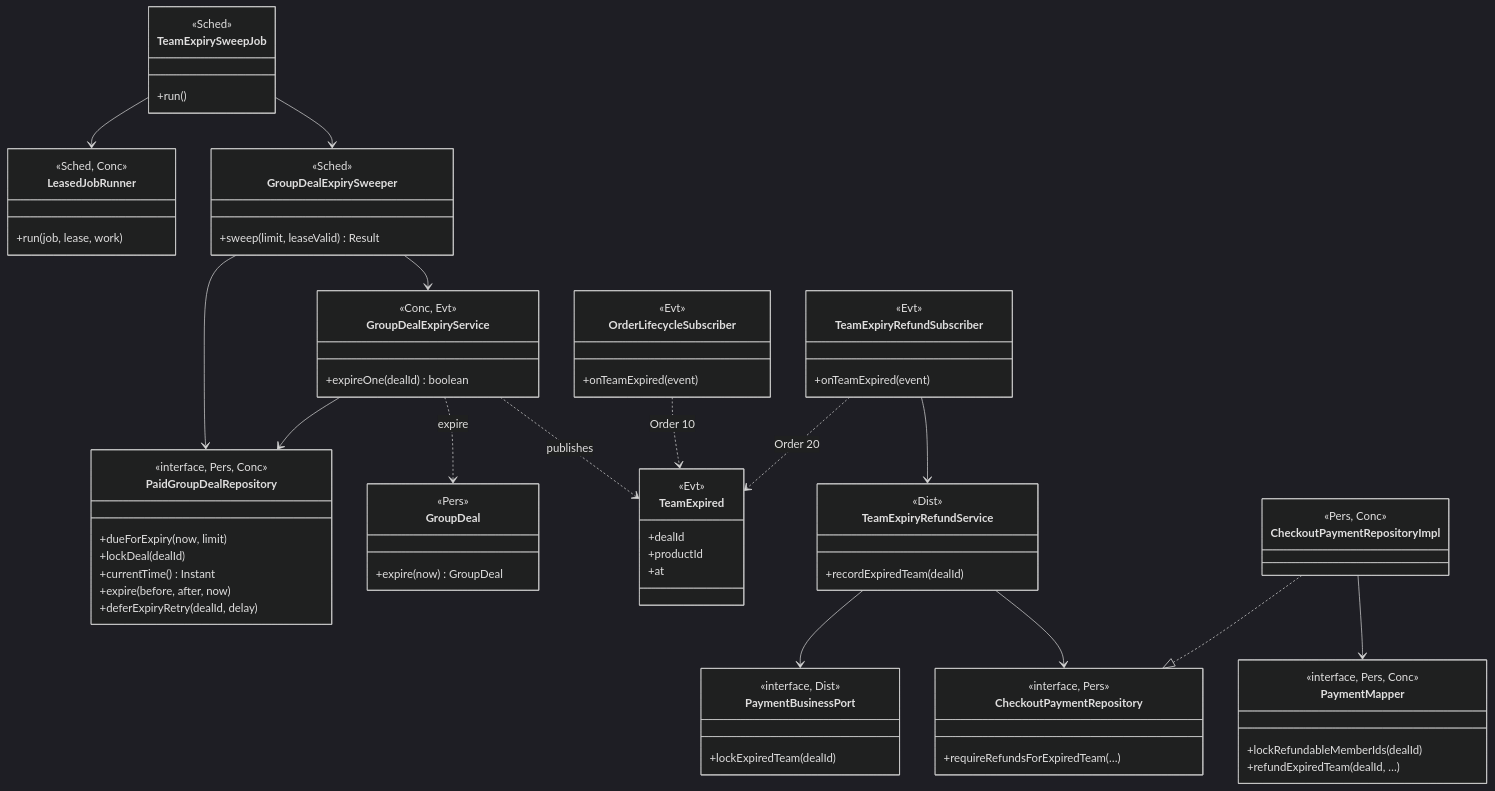
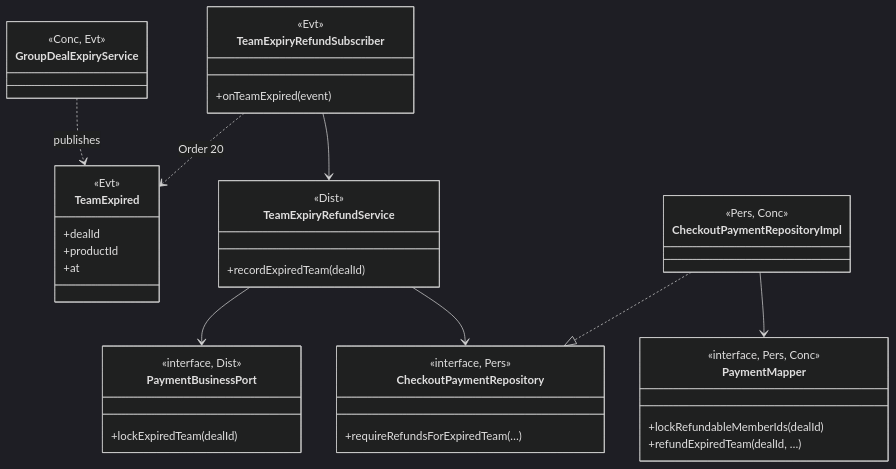
The fourth of 9 diagrams in docs/swe5006/report/sections/03-4-2-yorik.md (PPsyrius/iss-groupbuy-team8), drawn with Mermaid (dark theme) before and after one commit. The commit also changed other lines of this file and 60 other files, not shown here.

First line of the commit message:
docs(report): template format, VP-style UML and fact fixes (#463, #695) (#704)

````diff
--- a/docs/swe5006/report/sections/03-4-2-yorik.md
+++ b/docs/swe5006/report/sections/03-4-2-yorik.md
@@ -234,42 +177,13 @@
 ```mermaid
 classDiagram
-    class TeamExpirySweepJob {
-        <<Sched>>
-        +run()
-    }
-    class LeasedJobRunner {
-        <<Sched, Conc>>
-        +run(job, lease, work)
-    }
-    class GroupDealExpirySweeper {
-        <<Sched>>
-        +sweep(limit, leaseValid) Result
-    }
     class GroupDealExpiryService {
         <<Conc, Evt>>
-        +expireOne(dealId) boolean
-    }
-    class PaidGroupDealRepository {
-        <<interface, Pers, Conc>>
-        +dueForExpiry(now, limit)
-        +lockDeal(dealId)
-        +currentTime() Instant
-        +expire(before, after, now)
-        +deferExpiryRetry(dealId, delay)
-    }
-    class GroupDeal {
-        <<Pers>>
-        +expire(now) GroupDeal
     }
     class TeamExpired {
         <<Evt>>
         +dealId
         +productId
         +at
-    }
-    class OrderLifecycleSubscriber {
-        <<Evt>>
-        +onTeamExpired(event)
     }
     class TeamExpiryRefundSubscriber {
         <<Evt>>
@@ -295,29 +209,16 @@
         +lockRefundableMemberIds(dealId)
         +refundExpiredTeam(dealId, …)
     }
-%% at TeamExpirySweepJob 0,0
-%% at LeasedJobRunner 1,0
-%% at GroupDealExpirySweeper 0,1
-%% at PaidGroupDealRepository 1,1
-%% at GroupDealExpiryService 0,2
-%% at GroupDeal 1,2
-%% at TeamExpired 0,3
-%% at OrderLifecycleSubscriber 1,3
-%% at TeamExpiryRefundSubscriber 0,4
-%% at TeamExpiryRefundService 1,4
-%% at PaymentBusinessPort 2,4
-%% at CheckoutPaymentRepository 1,5
-%% at CheckoutPaymentRepositoryImpl 2,5
-%% at PaymentMapper 2,6
+%% at GroupDealExpiryService 0,0
+%% at TeamExpired 1,0
+%% at TeamExpiryRefundSubscriber 1,1
+%% at TeamExpiryRefundService 1,2
+%% at PaymentBusinessPort 2,2
+%% at CheckoutPaymentRepository 1,3
+%% at CheckoutPaymentRepositoryImpl 2,3
+%% at PaymentMapper 2,4
 
-    TeamExpirySweepJob --> LeasedJobRunner
-    TeamExpirySweepJob --> GroupDealExpirySweeper
-    GroupDealExpirySweeper --> PaidGroupDealRepository
-    GroupDealExpirySweeper --> GroupDealExpiryService
-    GroupDealExpiryService --> PaidGroupDealRepository
-    GroupDealExpiryService ..> GroupDeal : expire
     GroupDealExpiryService ..> TeamExpired : publishes
-    OrderLifecycleSubscriber ..> TeamExpired : Order 10
     TeamExpiryRefundSubscriber ..> TeamExpired : Order 20
     TeamExpiryRefundSubscriber --> TeamExpiryRefundService
     TeamExpiryRefundService --> PaymentBusinessPort
````
